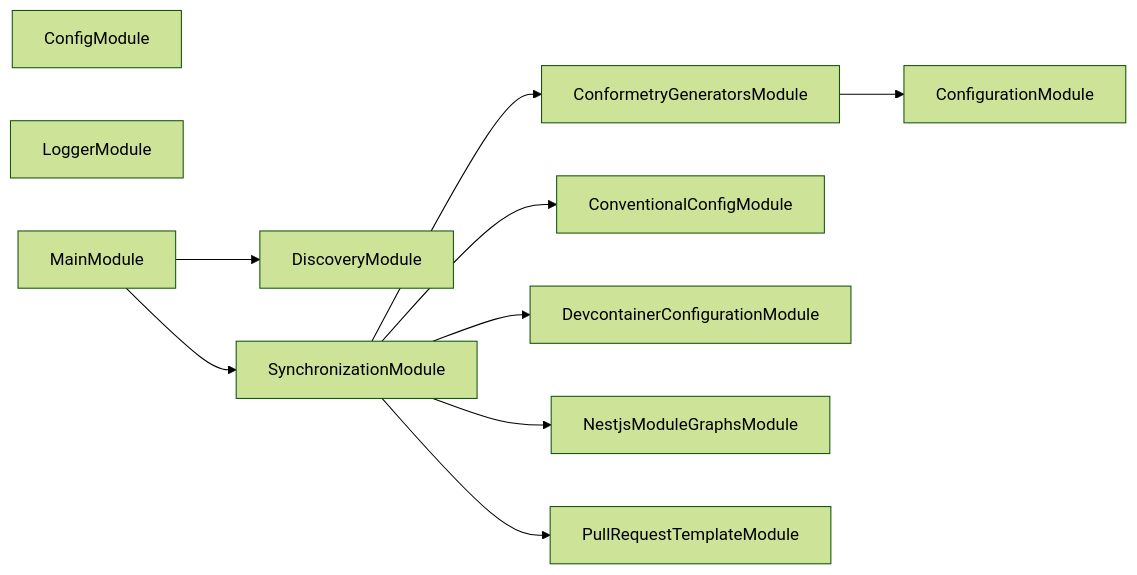
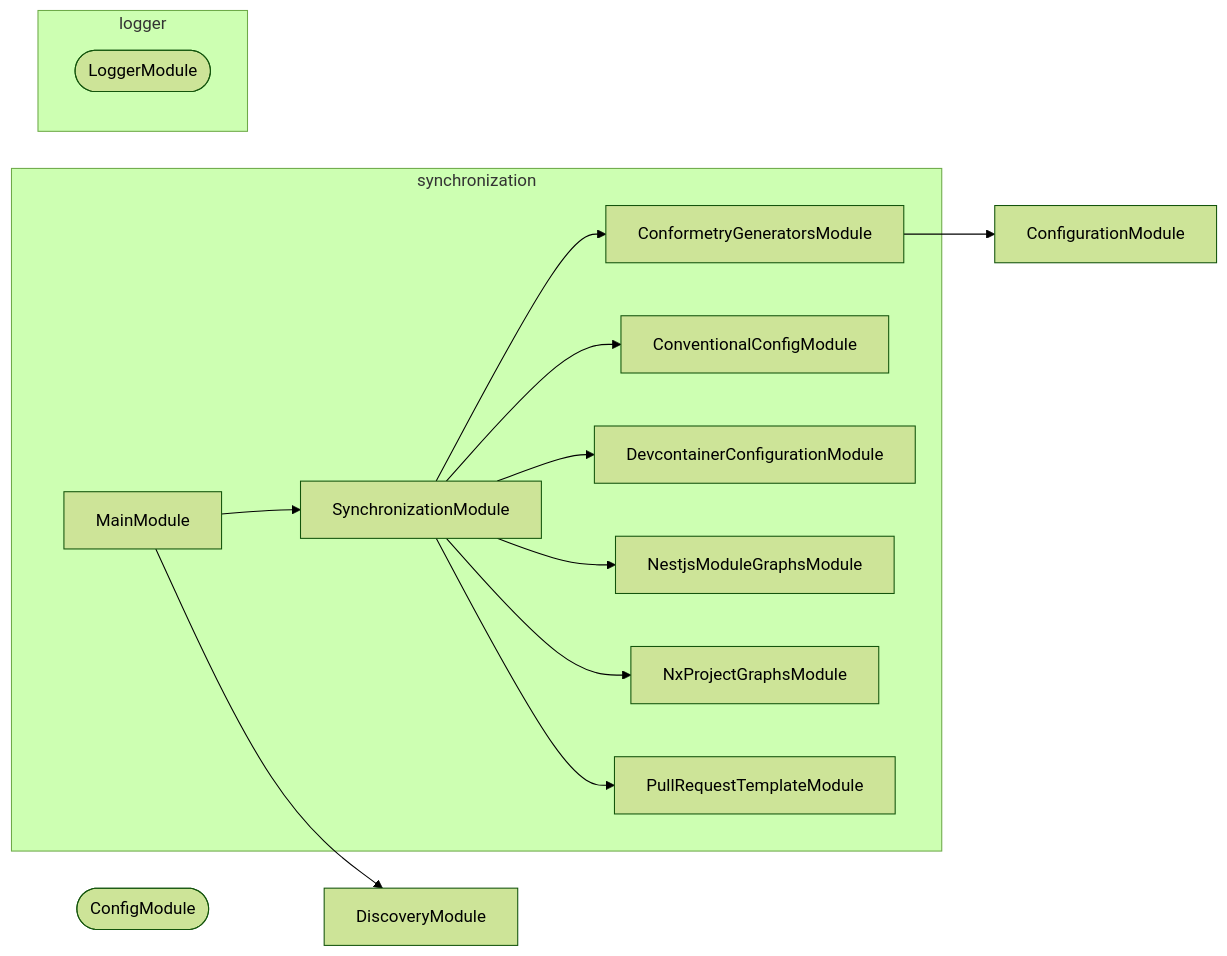
One commit to JimmyPaolini/codebase changed the second of 2 diagrams in tools/synchronization/README.md. Above: the diagram before and after it, drawn with Mermaid (forest theme). The commit also changed other lines of this file and 71 other files, not shown here.

Commit message:
feat(synchronization): ✨ group module graphs by package and add nx project graphs

````diff
--- a/tools/synchronization/README.md
+++ b/tools/synchronization/README.md
@@ -115,13 +153,28 @@
 ```mermaid
 flowchart LR
-  ConfigModule
-  LoggerModule
+  subgraph group0["synchronization"]
+    ConformetryGeneratorsModule
+    ConventionalConfigModule
+    DevcontainerConfigurationModule
+    MainModule
+    NestjsModuleGraphsModule
+    NxProjectGraphsModule
+    PullRequestTemplateModule
+    SynchronizationModule
+  end
+  subgraph group1["logger"]
+    LoggerModule([LoggerModule])
+  end
+  ConfigModule([ConfigModule])
+  ConfigurationModule
+  DiscoveryModule
   ConformetryGeneratorsModule --> ConfigurationModule
   MainModule --> DiscoveryModule
   MainModule --> SynchronizationModule
   SynchronizationModule --> ConformetryGeneratorsModule
   SynchronizationModule --> ConventionalConfigModule
   SynchronizationModule --> DevcontainerConfigurationModule
   SynchronizationModule --> NestjsModuleGraphsModule
+  SynchronizationModule --> NxProjectGraphsModule
   SynchronizationModule --> PullRequestTemplateModule
 ```
````
